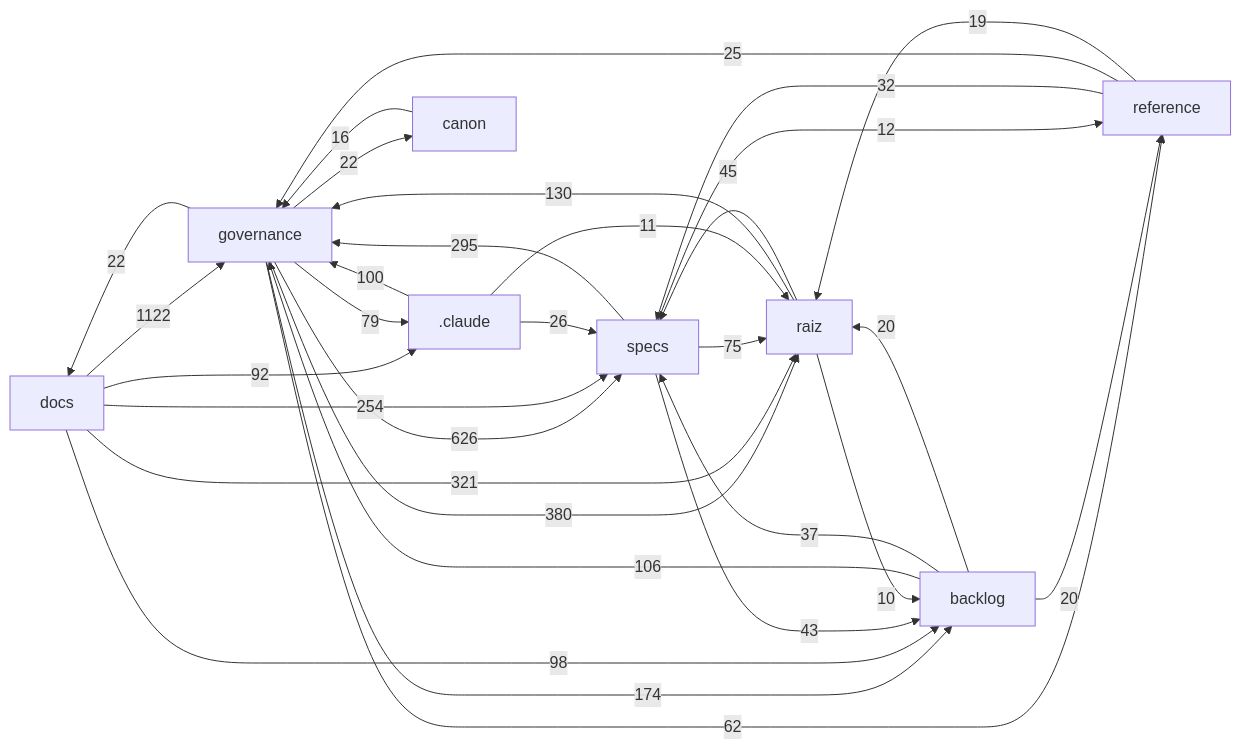
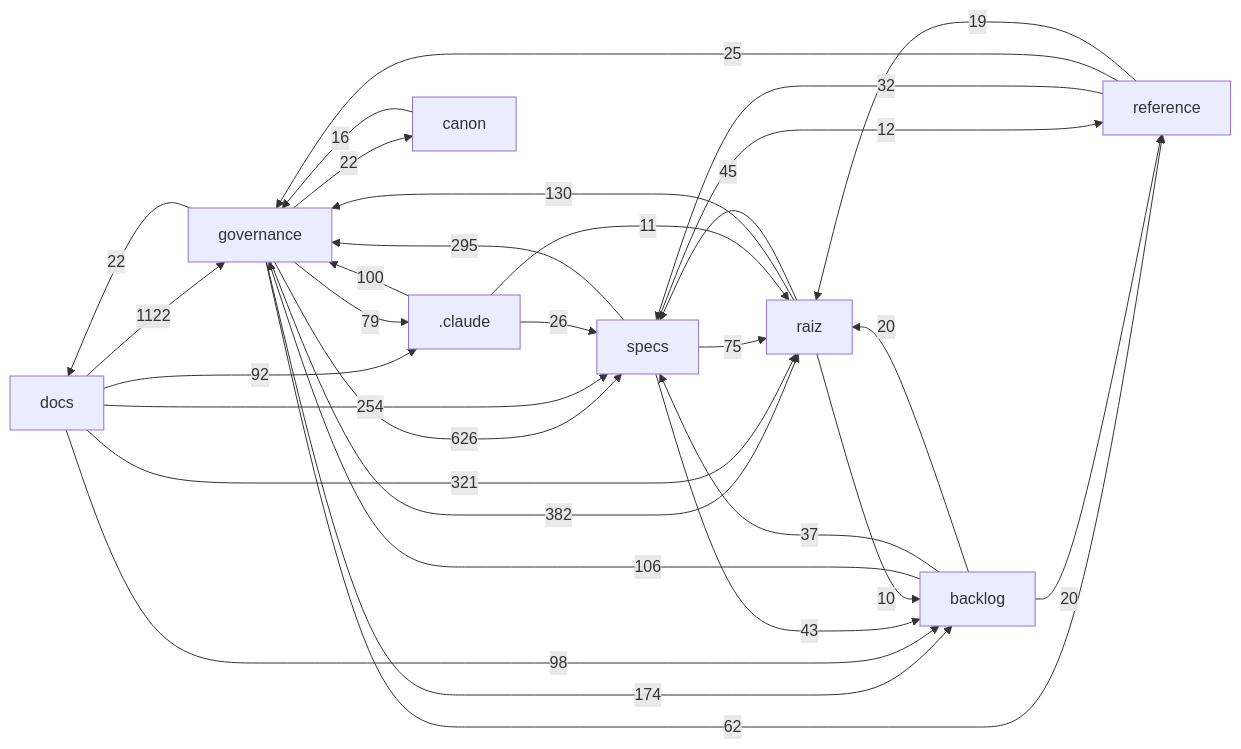
The diagram in docs/mapa/MAPA-PROJETO.md (Andraus35/Sistema-Operacional-de-Trading--SOT), drawn with Mermaid before and after one commit. The commit also changed other lines of this file and 2 other files, not shown here.

````diff
--- a/docs/mapa/MAPA-PROJETO.md
+++ b/docs/mapa/MAPA-PROJETO.md
@@ -29,33 +29,33 @@
 ```mermaid
 flowchart LR
   docs["docs"] -->|1122| governance["governance"]
   governance["governance"] -->|626| specs["specs"]
-  governance["governance"] -->|380| raiz["raiz"]
+  governance["governance"] -->|382| raiz["raiz"]
   docs["docs"] -->|321| raiz["raiz"]
   specs["specs"] -->|295| governance["governance"]
   docs["docs"] -->|254| specs["specs"]
   governance["governance"] -->|174| backlog["backlog"]
   raiz["raiz"] -->|130| governance["governance"]
   backlog["backlog"] -->|106| governance["governance"]
   _claude[".claude"] -->|100| governance["governance"]
   docs["docs"] -->|98| backlog["backlog"]
   docs["docs"] -->|92| _claude[".claude"]
   governance["governance"] -->|79| _claude[".claude"]
   specs["specs"] -->|75| raiz["raiz"]
   governance["governance"] -->|62| reference["reference"]
   raiz["raiz"] -->|45| specs["specs"]
   specs["specs"] -->|43| backlog["backlog"]
   backlog["backlog"] -->|37| specs["specs"]
   reference["reference"] -->|32| specs["specs"]
   _claude[".claude"] -->|26| specs["specs"]
   reference["reference"] -->|25| governance["governance"]
   governance["governance"] -->|22| docs["docs"]
   governance["governance"] -->|22| canon["canon"]
   backlog["backlog"] -->|20| raiz["raiz"]
   backlog["backlog"] -->|20| reference["reference"]
   reference["reference"] -->|19| raiz["raiz"]
   canon["canon"] -->|16| governance["governance"]
   specs["specs"] -->|12| reference["reference"]
   _claude[".claude"] -->|11| raiz["raiz"]
   raiz["raiz"] -->|10| backlog["backlog"]
 ```
````
